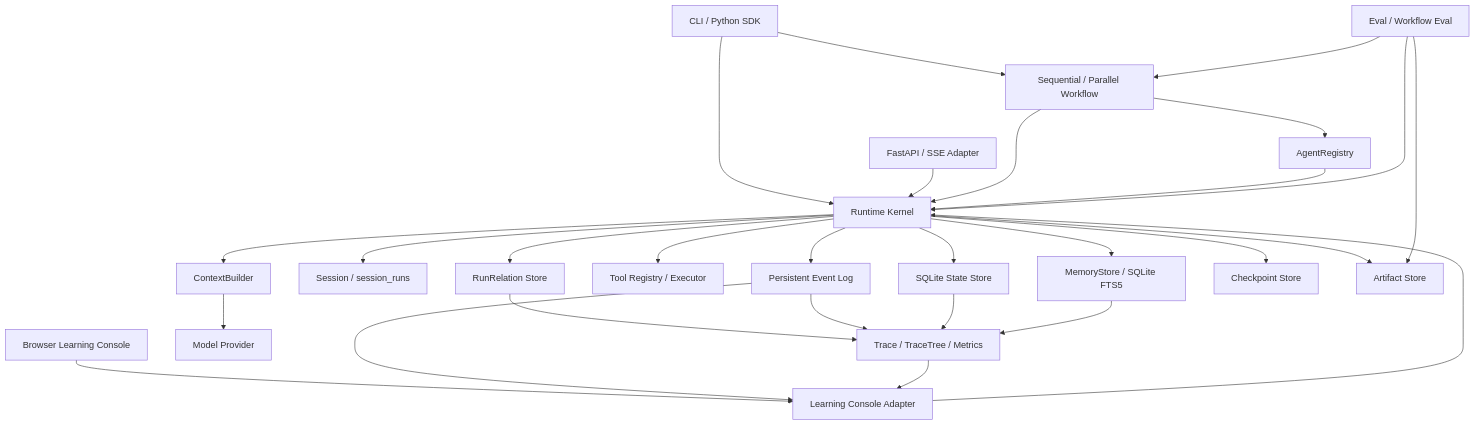
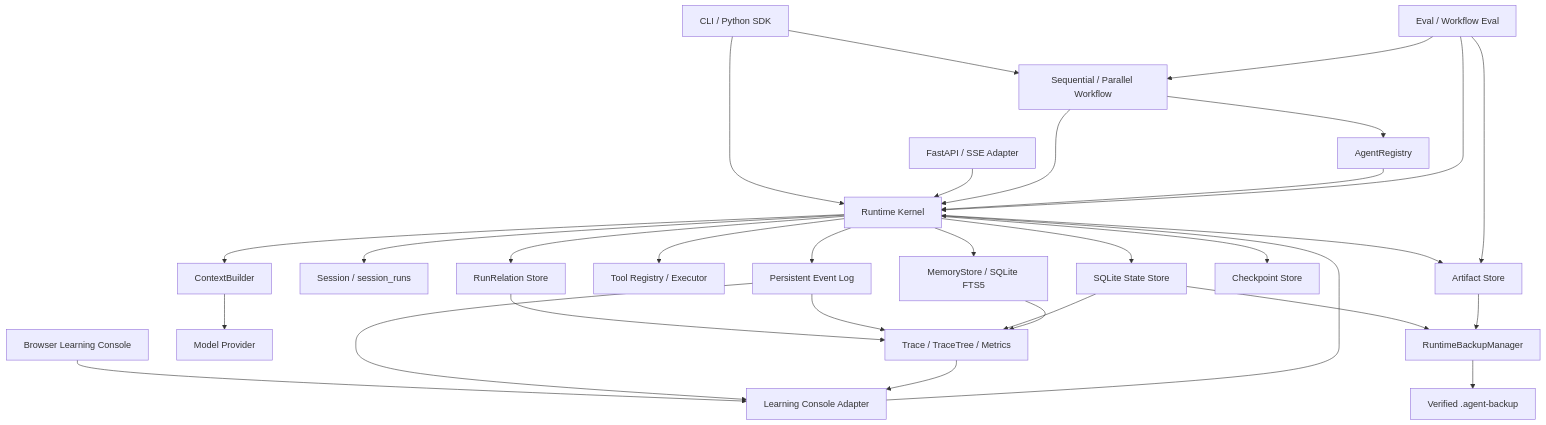
One commit to fantoagi/agent-runtime changed the first of 7 diagrams in docs/ARCHITECTURE.md. Above: the diagram before and after it, drawn with Mermaid. The commit also changed other lines of this file and 24 other files, not shown here.

````diff
--- a/docs/ARCHITECTURE.md
+++ b/docs/ARCHITECTURE.md
@@ -15,50 +15,55 @@
 ```mermaid
 flowchart TD
     CLI["CLI / Python SDK"]
     API["FastAPI / SSE Adapter"]
     Lab["Browser Learning Console"]
     LabAdapter["Learning Console Adapter"]
     Workflows["Sequential / Parallel Workflow"]
     Registry["AgentRegistry"]
     Runtime["Runtime Kernel"]
     Context["ContextBuilder"]
     Sessions["Session / session_runs"]
     Memory["MemoryStore / SQLite FTS5"]
     Model["Model Provider"]
     Tools["Tool Registry / Executor"]
     State["SQLite State Store"]
     Relations["RunRelation Store"]
     Events["Persistent Event Log"]
     Checkpoints["Checkpoint Store"]
     Artifacts["Artifact Store"]
     Observe["Trace / TraceTree / Metrics"]
     Evals["Eval / Workflow Eval"]
+    Backup["RuntimeBackupManager"]
+    Archive["Verified .agent-backup"]
 
     CLI --> Runtime
     CLI --> Workflows
     API --> Runtime
     Lab --> LabAdapter
     LabAdapter --> Runtime
     Workflows --> Runtime
     Workflows --> Registry
     Registry --> Runtime
     Runtime --> Context
     Context --> Model
     Runtime --> Sessions
     Runtime --> Memory
     Runtime --> Tools
     Runtime --> State
     Runtime --> Relations
     Runtime --> Events
     Runtime --> Checkpoints
     Runtime --> Artifacts
     Relations --> Observe
     Events --> Observe
     State --> Observe
     Memory --> Observe
     Events --> LabAdapter
     Observe --> LabAdapter
     Evals --> Runtime
     Evals --> Workflows
     Evals --> Artifacts
+    State --> Backup
+    Artifacts --> Backup
+    Backup --> Archive
 ```
````
